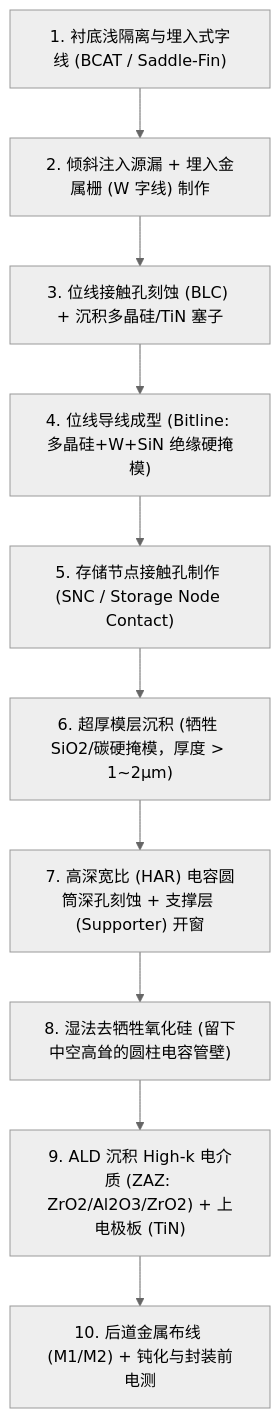
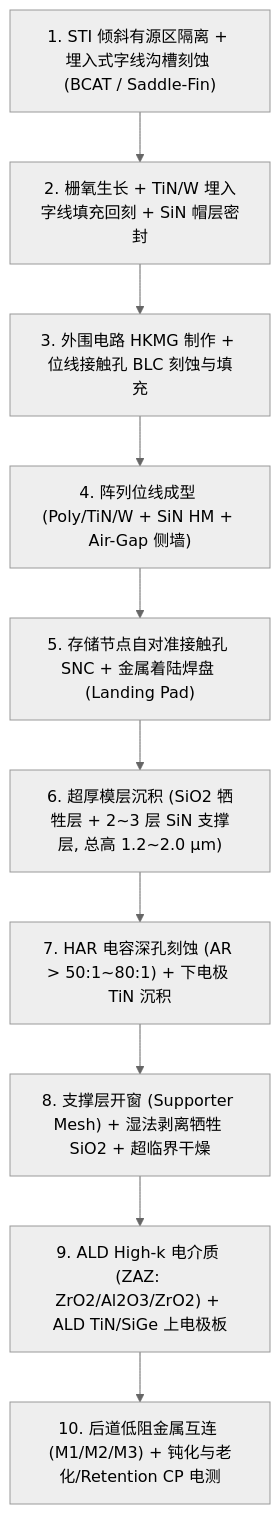
The diagram in 04_工艺整合与节点/03_存储器制造全流程/笔记/01_DRAM制造全流程与深圆筒电容.md (xinjing-MD/wafer-fab-handbook), drawn with Mermaid (neutral theme) before and after one commit. The commit also changed other lines of this file and 54 other files, not shown here.

````diff
--- a/04_工艺整合与节点/03_存储器制造全流程/笔记/01_DRAM制造全流程与深圆筒电容.md
+++ b/04_工艺整合与节点/03_存储器制造全流程/笔记/01_DRAM制造全流程与深圆筒电容.md
@@ -19,12 +48,12 @@
 ```mermaid
 flowchart TD
-    S1["1. 衬底浅隔离与埋入式字线 (BCAT / Saddle-Fin)"] --> S2["2. 倾斜注入源漏 + 埋入金属栅 (W 字线) 制作"]
-    S2 --> S3["3. 位线接触孔刻蚀 (BLC) + 沉积多晶硅/TiN 塞子"]
-    S3 --> S4["4. 位线导线成型 (Bitline: 多晶硅+W+SiN 绝缘硬掩模)"]
-    S4 --> S5["5. 存储节点接触孔制作 (SNC / Storage Node Contact)"]
-    S5 --> S6["6. 超厚模层沉积 (牺牲 SiO2/碳硬掩模，厚度 > 1~2μm)"]
-    S6 --> S7["7. 高深宽比 (HAR) 电容圆筒深孔刻蚀 + 支撑层 (Supporter) 开窗"]
-    S7 --> S8["8. 湿法去牺牲氧化硅 (留下中空高耸的圆柱电容管壁)"]
-    S8 --> S9["9. ALD 沉积 High-k 电介质 (ZAZ: ZrO2/Al2O3/ZrO2) + 上电极板 (TiN)"]
-    S9 --> S10["10. 后道金属布线 (M1/M2) + 钝化与封装前电测"]
+    S1["1. STI 倾斜有源区隔离 + 埋入式字线沟槽刻蚀 (BCAT / Saddle-Fin)"] --> S2["2. 栅氧生长 + TiN/W 埋入字线填充回刻 + SiN 帽层密封"]
+    S2 --> S3["3. 外围电路 HKMG 制作 + 位线接触孔 BLC 刻蚀与填充"]
+    S3 --> S4["4. 阵列位线成型 (Poly/TiN/W + SiN HM + Air-Gap 侧墙)"]
+    S4 --> S5["5. 存储节点自对准接触孔 SNC + 金属着陆焊盘 (Landing Pad)"]
+    S5 --> S6["6. 超厚模层沉积 (SiO2 牺牲层 + 2~3 层 SiN 支撑层, 总高 1.2~2.0 μm)"]
+    S6 --> S7["7. HAR 电容深孔刻蚀 (AR > 50:1~80:1) + 下电极 TiN 沉积"]
+    S7 --> S8["8. 支撑层开窗 (Supporter Mesh) + 湿法剥离牺牲 SiO2 + 超临界干燥"]
+    S8 --> S9["9. ALD High-k 电介质 (ZAZ: ZrO2/Al2O3/ZrO2) + ALD TiN/SiGe 上电极板"]
+    S9 --> S10["10. 后道低阻金属互连 (M1/M2/M3) + 钝化与老化/Retention CP 电测"]
 ```
````
